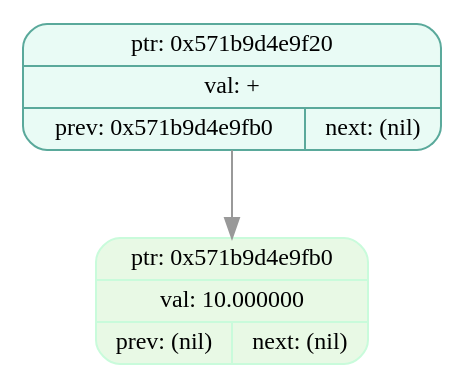
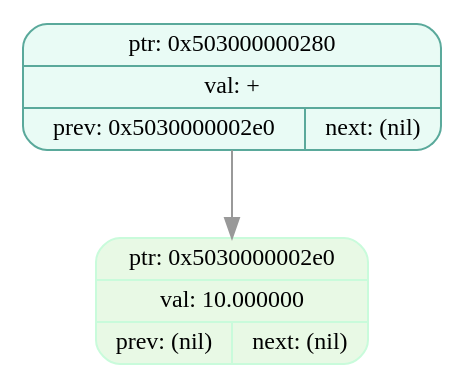
One commit to EvilTomato9890/Difference changed the diagram in dumps/tree_dump_001.dot. Above: the diagram before and after it, drawn with Graphviz. The commit also changed 53 other files, not shown here.

```diff
--- a/dumps/tree_dump_001.dot
+++ b/dumps/tree_dump_001.dot
@@ -1,7 +1,7 @@
 digraph T{
   node [fontname="Fira Mono",shape=record,style="filled,rounded",fontsize=12];
   graph [splines=true, nodesep=0.6, ranksep=0.6];
-  node_0x571b9d4e9f20[shape=record,label="{ {ptr: 0x571b9d4e9f20} | {val: +} | { prev: 0x571b9d4e9fb0 | next: (nil) } }",color="#5aa99b",fillcolor="#e9fbf5"];
-  node_0x571b9d4e9fb0[shape=record,label="{ {ptr: 0x571b9d4e9fb0} | {val: 10.000000} | { prev: (nil) | next: (nil) } }",color="#c9fbdbff",fillcolor="#e8f9e5ff"];
-  node_0x571b9d4e9f20 -> node_0x571b9d4e9fb0 [color="#999999"];
+  node_0x503000000280[shape=record,label="{ {ptr: 0x503000000280} | {val: +} | { prev: 0x5030000002e0 | next: (nil) } }",color="#5aa99b",fillcolor="#e9fbf5"];
+  node_0x5030000002e0[shape=record,label="{ {ptr: 0x5030000002e0} | {val: 10.000000} | { prev: (nil) | next: (nil) } }",color="#c9fbdbff",fillcolor="#e8f9e5ff"];
+  node_0x503000000280 -> node_0x5030000002e0 [color="#999999"];
 }
```
